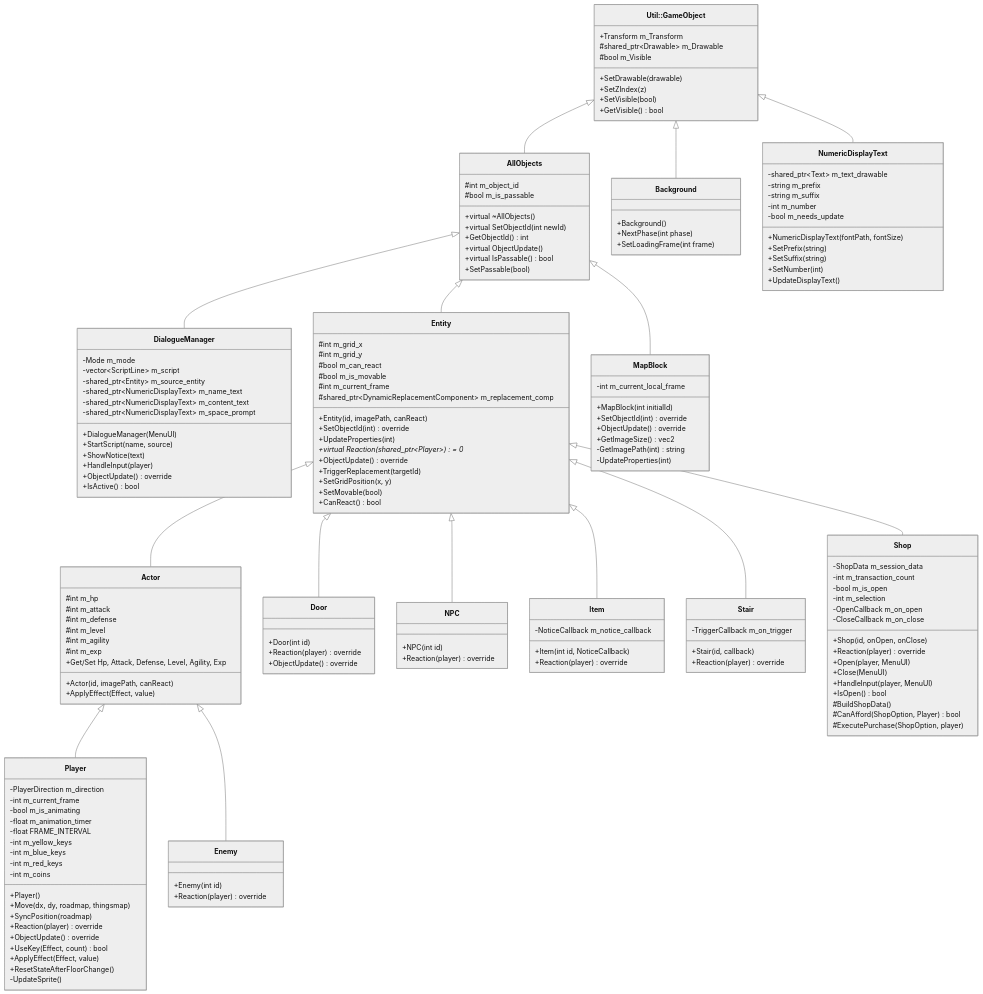
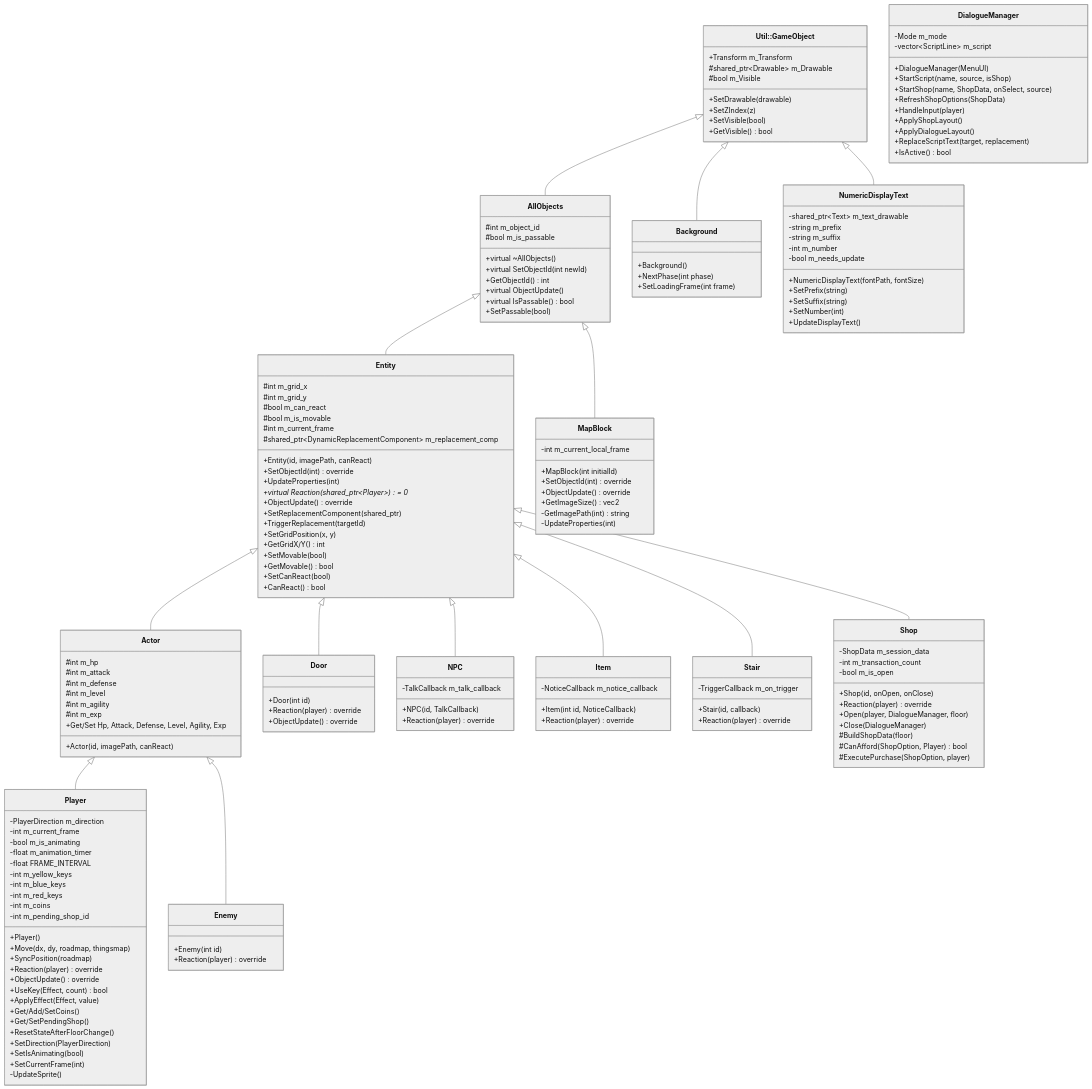
The first of 4 diagrams in Constructure.md (XWJWPIY/schoolwork_recreate_magic_tower), drawn with Mermaid (neutral theme) before and after one commit. The commit also changed other lines of this file and 17 other files, not shown here.

Commit message:
refactor: let shop UI managed by DialogueManager

```diff
--- a/Constructure.md
+++ b/Constructure.md
@@ -30,15 +30,14 @@
     class DialogueManager {
         -Mode m_mode
         -vector~ScriptLine~ m_script
-        -shared_ptr~Entity~ m_source_entity
-        -shared_ptr~NumericDisplayText~ m_name_text
-        -shared_ptr~NumericDisplayText~ m_content_text
-        -shared_ptr~NumericDisplayText~ m_space_prompt
         +DialogueManager(MenuUI)
-        +StartScript(name, source)
-        +ShowNotice(text)
+        +StartScript(name, source, isShop)
+        +StartShop(name, ShopData, onSelect, source)
+        +RefreshShopOptions(ShopData)
         +HandleInput(player)
-        +ObjectUpdate() override
+        +ApplyShopLayout()
+        +ApplyDialogueLayout()
+        +ReplaceScriptText(target, replacement)
         +IsActive() bool
     }
 
@@ -54,9 +53,13 @@
         +UpdateProperties(int)
         +virtual Reaction(shared_ptr~Player~) = 0*
         +ObjectUpdate() override
+        +SetReplacementComponent(shared_ptr)
         +TriggerReplacement(targetId)
         +SetGridPosition(x, y)
+        +GetGridX/Y() int
         +SetMovable(bool)
+        +GetMovable() bool
+        +SetCanReact(bool)
         +CanReact() bool
     }
 
@@ -68,7 +71,6 @@
         #int m_agility
         #int m_exp
         +Actor(id, imagePath, canReact)
-        +ApplyEffect(Effect, value)
         +Get/Set Hp, Attack, Defense, Level, Agility, Exp
     }
 
@@ -92,6 +94,7 @@
         -int m_blue_keys
         -int m_red_keys
         -int m_coins
+        -int m_pending_shop_id
         +Player()
         +Move(dx, dy, roadmap, thingsmap)
         +SyncPosition(roadmap)
@@ -99,7 +102,12 @@
         +ObjectUpdate() override
         +UseKey(Effect, count) bool
         +ApplyEffect(Effect, value)
+        +Get/Add/SetCoins()
+        +Get/SetPendingShop()
         +ResetStateAfterFloorChange()
+        +SetDirection(PlayerDirection)
+        +SetIsAnimating(bool)
+        +SetCurrentFrame(int)
         -UpdateSprite()
     }
 
@@ -115,7 +123,8 @@
     }
 
     class NPC {
-        +NPC(int id)
+        -TalkCallback m_talk_callback
+        +NPC(id, TalkCallback)
         +Reaction(player) override
     }
 
@@ -135,16 +144,11 @@
         -ShopData m_session_data
         -int m_transaction_count
         -bool m_is_open
-        -int m_selection
-        -OpenCallback m_on_open
-        -CloseCallback m_on_close
         +Shop(id, onOpen, onClose)
         +Reaction(player) override
-        +Open(player, MenuUI)
-        +Close(MenuUI)
-        +HandleInput(player, MenuUI)
-        +IsOpen() bool
-        #BuildShopData()
+        +Open(player, DialogueManager, floor)
+        +Close(DialogueManager)
+        #BuildShopData(floor)
         #CanAfford(ShopOption, Player) bool
         #ExecutePurchase(ShopOption, player)
     }
@@ -174,7 +178,6 @@
     GameObject <|-- NumericDisplayText
     AllObjects <|-- MapBlock
     AllObjects <|-- Entity
-    AllObjects <|-- DialogueManager
     Entity <|-- Door
     Entity <|-- NPC
     Entity <|-- Item
```
